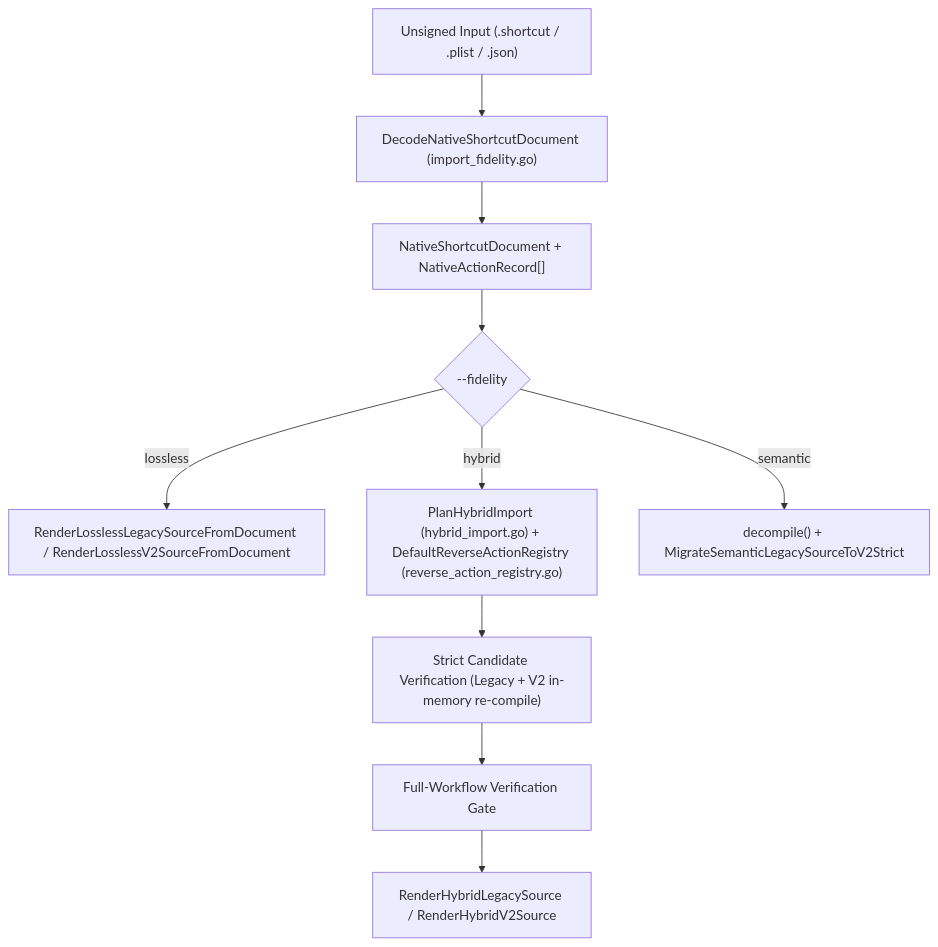
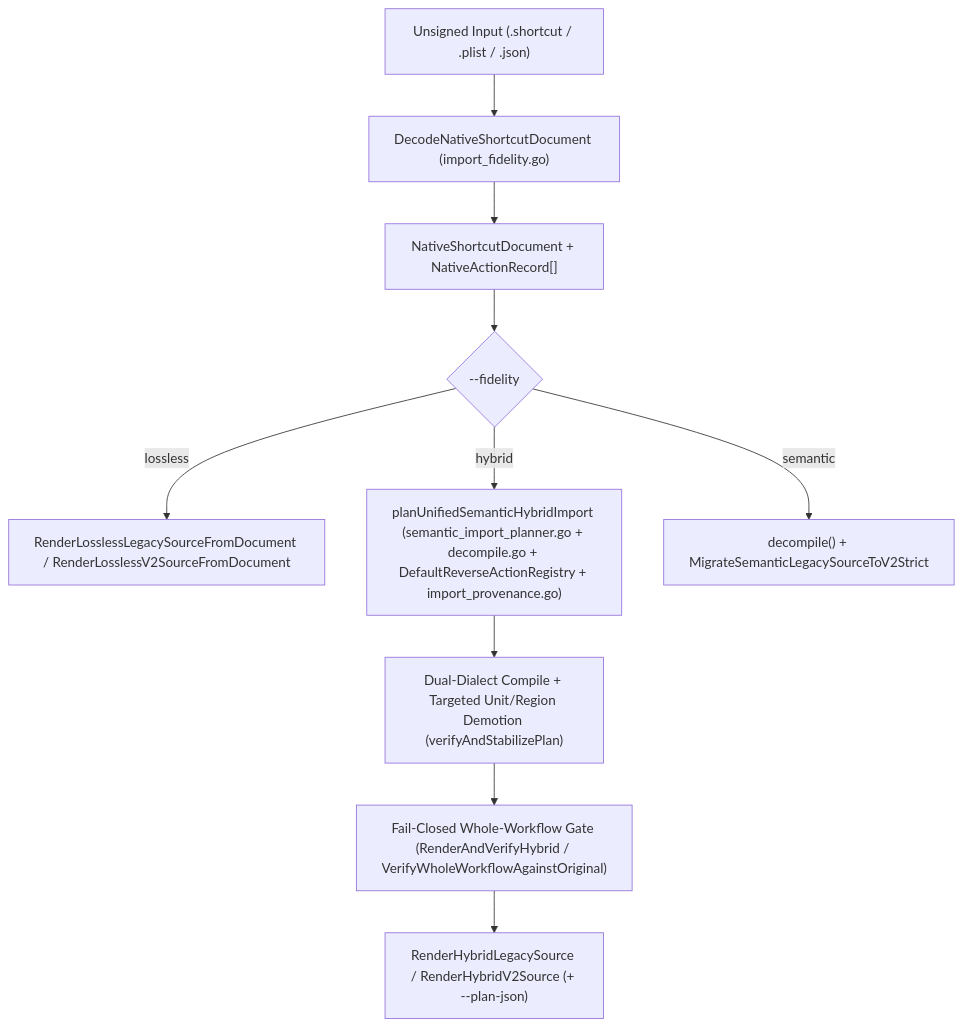
The diagram in docs/architecture/unified-import-and-compiler-contract.md (davidpovarsky/cherri), drawn with Mermaid before and after one commit. The commit also changed other lines of this file and 42 other files, not shown here.

Commit message:
feat(p10r10): unify semantic decompiler with hybrid import, provenance preservation, and fail-closed verifier

````diff
--- a/docs/architecture/unified-import-and-compiler-contract.md
+++ b/docs/architecture/unified-import-and-compiler-contract.md
@@ -36,12 +36,12 @@
 ```mermaid
 flowchart TD
     In["Unsigned Input (.shortcut / .plist / .json)"] --> Decode["DecodeNativeShortcutDocument (import_fidelity.go)"]
     Decode --> Doc["NativeShortcutDocument + NativeActionRecord[]"]
     Doc --> Fidelity{"--fidelity"}
     Fidelity -->|"lossless"| Lossless["RenderLosslessLegacySourceFromDocument / RenderLosslessV2SourceFromDocument"]
-    Fidelity -->|"hybrid"| Planner["PlanHybridImport (hybrid_import.go) + DefaultReverseActionRegistry (reverse_action_registry.go)"]
+    Fidelity -->|"hybrid"| Planner["planUnifiedSemanticHybridImport (semantic_import_planner.go + decompile.go + DefaultReverseActionRegistry + import_provenance.go)"]
     Fidelity -->|"semantic"| Semantic["decompile() + MigrateSemanticLegacySourceToV2Strict"]
-    Planner --> Verify["Strict Candidate Verification (Legacy + V2 in-memory re-compile)"]
-    Verify --> Gate["Full-Workflow Verification Gate"]
-    Gate --> OutHybrid["RenderHybridLegacySource / RenderHybridV2Source"]
+    Planner --> Verify["Dual-Dialect Compile + Targeted Unit/Region Demotion (verifyAndStabilizePlan)"]
+    Verify --> Gate["Fail-Closed Whole-Workflow Gate (RenderAndVerifyHybrid / VerifyWholeWorkflowAgainstOriginal)"]
+    Gate --> OutHybrid["RenderHybridLegacySource / RenderHybridV2Source (+ --plan-json)"]
 ```
````
